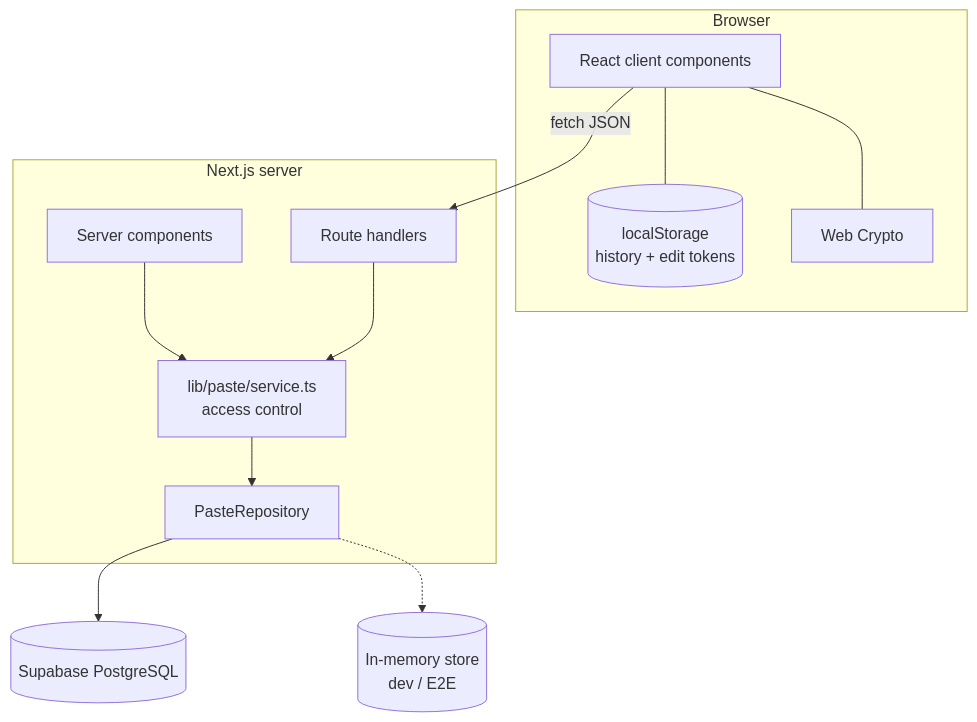
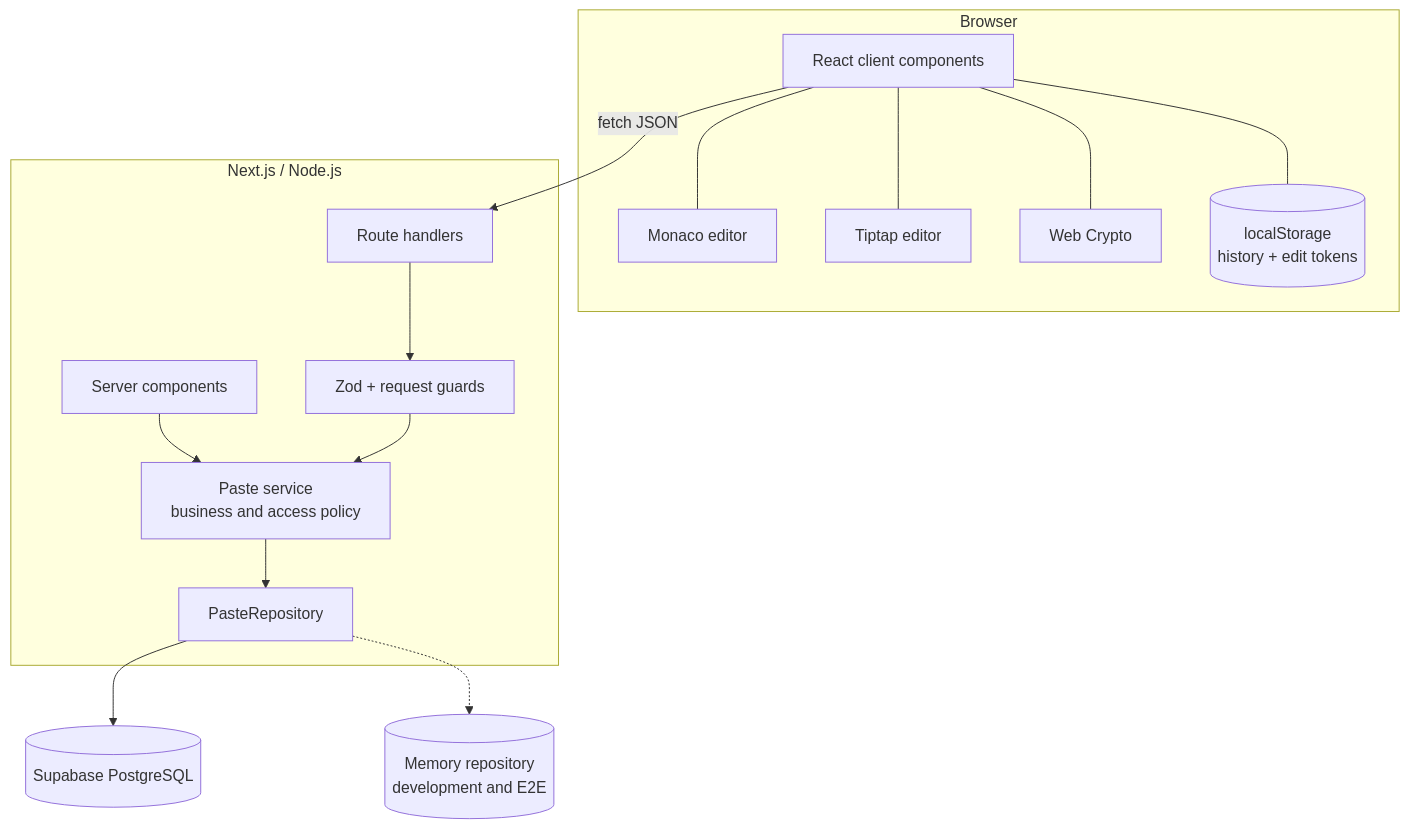
The first of 4 diagrams in docs/ARCHITECTURE.md (hamshamb/TinyPaste), drawn with Mermaid before and after one commit. The commit also changed other lines of this file and 11 other files, not shown here.

````diff
--- a/docs/ARCHITECTURE.md
+++ b/docs/ARCHITECTURE.md
@@ -5,27 +9,32 @@
 ```mermaid
 flowchart TB
     subgraph Browser
         UI[React client components]
+        ME[Monaco editor]
+        TE[Tiptap editor]
+        WC[Web Crypto]
         LS[(localStorage<br/>history + edit tokens)]
-        WC[Web Crypto]
     end
 
-    subgraph Server["Next.js server"]
+    subgraph Server["Next.js / Node.js"]
         RSC[Server components]
-        RH[Route handlers]
-        SVC[lib/paste/service.ts<br/>access control]
-        REPO[PasteRepository]
+        API[Route handlers]
+        VAL[Zod + request guards]
+        SVC[Paste service<br/>business and access policy]
+        REP[PasteRepository]
     end
 
     DB[(Supabase PostgreSQL)]
-    MEM[(In-memory store<br/>dev / E2E)]
+    MEM[(Memory repository<br/>development and E2E)]
 
-    UI -->|fetch JSON| RH
+    UI --- ME
+    UI --- TE
+    UI --- WC
     UI --- LS
-    UI --- WC
+    UI -->|fetch JSON| API
     RSC --> SVC
-    RH --> SVC
-    SVC --> REPO
-    REPO --> DB
-    REPO -.-> MEM
+    API --> VAL --> SVC
+    SVC --> REP
+    REP --> DB
+    REP -.-> MEM
 ```
````
